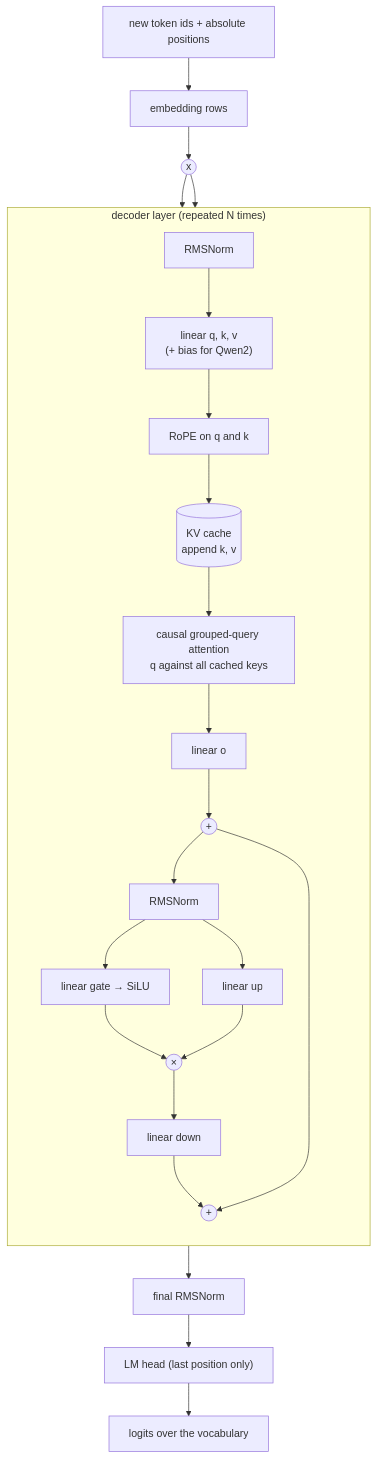
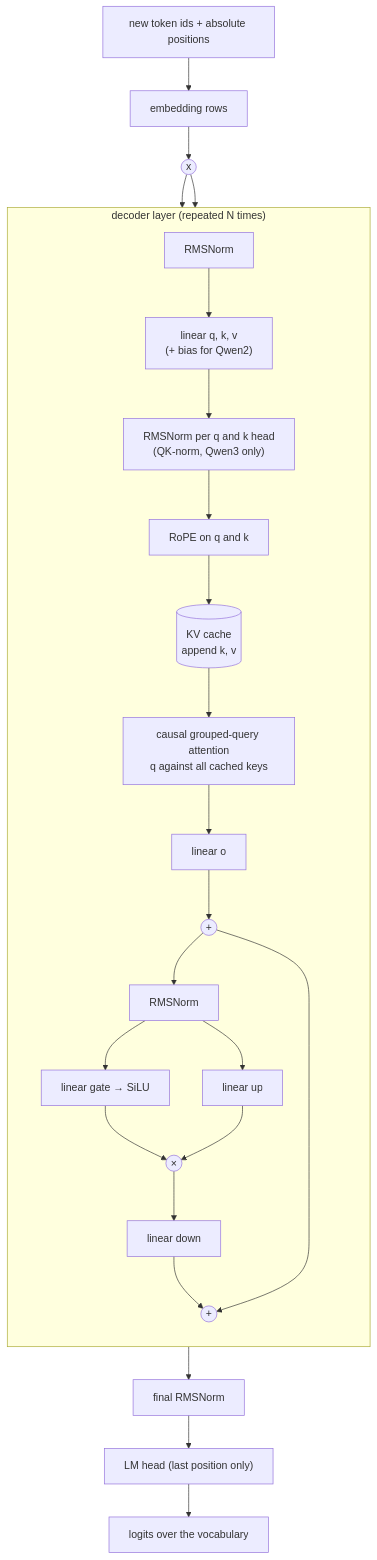
One commit to vrenken/etalii.dllm changed the second of 6 diagrams in docs/architecture/inference.md. Above: the diagram before and after it, drawn with Mermaid. The commit also changed other lines of this file and 4 other files, not shown here.

First line of the commit message:
Architecture docs: Qwen3 and LoRA

````diff
--- a/docs/architecture/inference.md
+++ b/docs/architecture/inference.md
@@ -65,28 +66,29 @@
 ```mermaid
 flowchart TB
     ids["new token ids + absolute positions"] --> emb["embedding rows"]
     emb --> x0(("x"))
 
     subgraph layer["decoder layer (repeated N times)"]
         direction TB
         n1["RMSNorm"] --> qkv["linear q, k, v<br/>(+ bias for Qwen2)"]
-        qkv --> rope["RoPE on q and k"]
+        qkv --> qkn["RMSNorm per q and k head<br/>(QK-norm, Qwen3 only)"]
+        qkn --> rope["RoPE on q and k"]
         rope --> kv[("KV cache<br/>append k, v")]
         kv --> att["causal grouped-query attention<br/>q against all cached keys"]
         att --> o["linear o"]
         o --> add1(("+"))
         add1 --> n2["RMSNorm"]
         n2 --> gate["linear gate → SiLU"]
         n2 --> up["linear up"]
         gate & up --> mul(("×"))
         mul --> down["linear down"]
         down --> add2(("+"))
     end
 
     x0 --> n1
     x0 --> add1
     add1 --> add2
     add2 --> fn["final RMSNorm"]
     fn --> head["LM head (last position only)"]
     head --> logits["logits over the vocabulary"]
 ```
````
